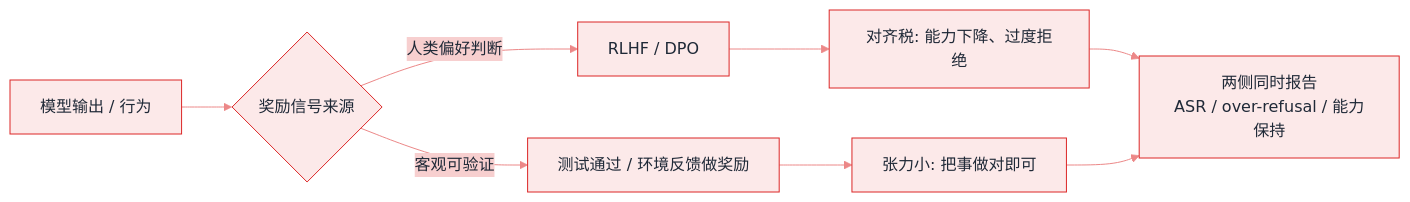
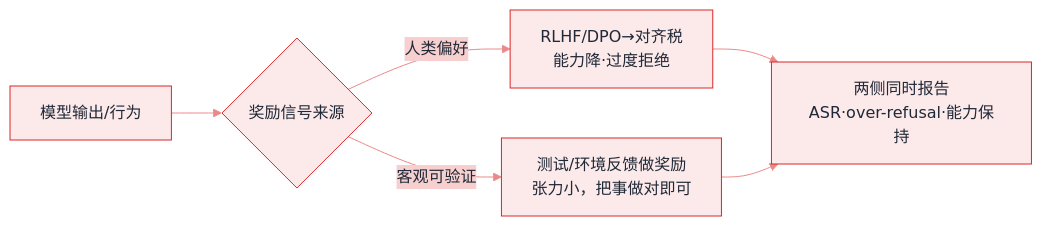
One commit to funny8kids/ai-agent-handbook changed the second of 2 diagrams in docs/10-evaluation-safety/alignment-safety.md. Above: the diagram before and after it, drawn with Mermaid. The commit also changed other lines of this file and 39 other files, not shown here.

First line of the commit message:
Round 15: re-measure all diagrams on GitBook's real mermaid version (11.14.0)

````diff
--- a/docs/10-evaluation-safety/alignment-safety.md
+++ b/docs/10-evaluation-safety/alignment-safety.md
@@ -98,11 +98,9 @@
 ```mermaid
 %%{init: {"theme":"base","themeVariables":{"primaryColor":"#FCE9E9","primaryBorderColor":"#DC2626","primaryTextColor":"#1F2937","secondaryColor":"#F7CFCF","tertiaryColor":"#FEF6F6","lineColor":"#EC8888","actorBkg":"#FCEEEE","actorBorder":"#DC2626","actorTextColor":"#1F2937","signalColor":"#E76767","noteBkgColor":"#F9D8D8","noteBorderColor":"#DC2626","noteTextColor":"#1F2937","labelBoxBkgColor":"#FCE9E9","labelBoxBorderColor":"#DC2626"}}}%%
 flowchart LR
-  A[模型输出 / 行为] --> B{奖励信号来源}
-  B -- 人类偏好判断 --> C[RLHF / DPO]
-  C --> D[对齐税: 能力下降、过度拒绝]
-  B -- 客观可验证 --> E[测试通过 / 环境反馈做奖励]
-  E --> F[张力小: 把事做对即可]
-  D --> G[两侧同时报告<br/>ASR / over-refusal / 能力保持]
-  F --> G
+  A[模型输出/行为] --> B{奖励信号来源}
+  B -- 人类偏好 --> C[RLHF/DPO→对齐税<br/>能力降·过度拒绝]
+  B -- 客观可验证 --> E[测试/环境反馈做奖励<br/>张力小，把事做对即可]
+  C --> G[两侧同时报告<br/>ASR·over-refusal·能力保持]
+  E --> G
 ```
````
